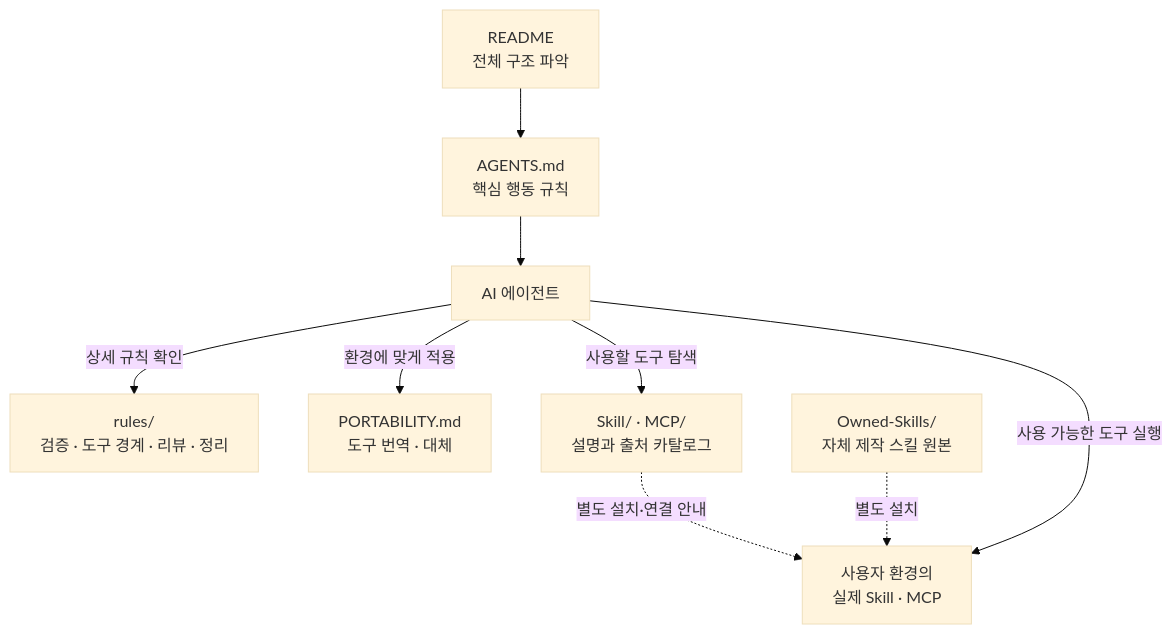
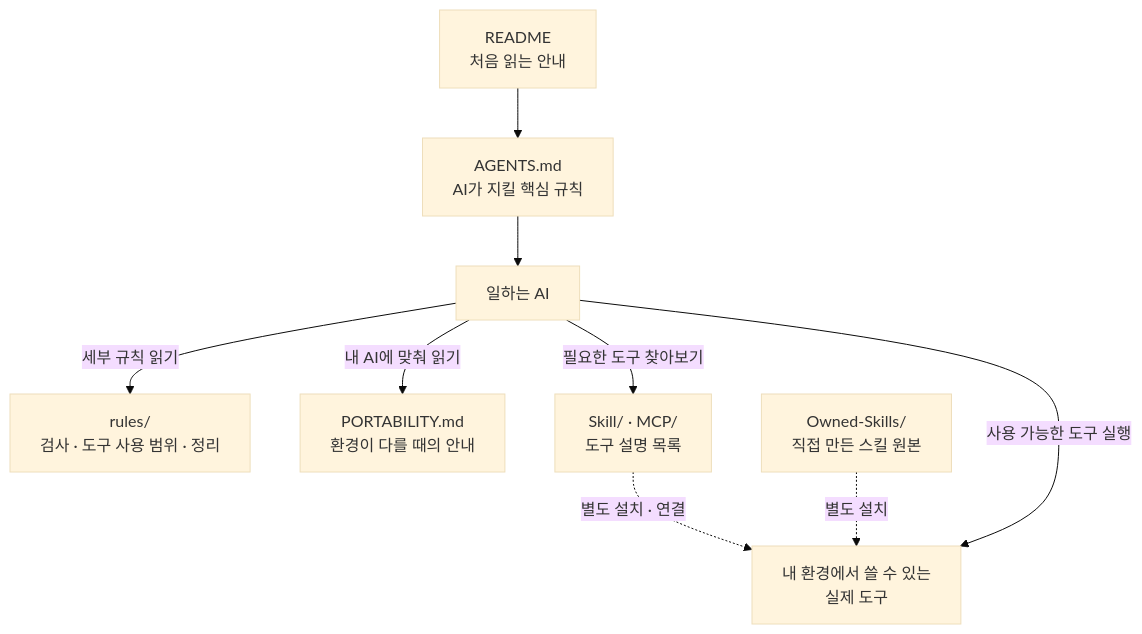
One commit to nowJDev/Agent-Instructions changed the second of 2 diagrams in README.md. Above: the diagram before and after it, drawn with Mermaid (base theme). The commit also changed other lines of this file and 8 other files, not shown here.

````diff
--- a/README.md
+++ b/README.md
@@ -55,13 +102,13 @@
 ```mermaid
 flowchart TD
-    accTitle: Agent-Instructions 구성 관계
-    accDescr: README에서 핵심 행동 규칙을 읽고, 에이전트가 상세 규칙과 이식 안내 및 도구 카탈로그를 참조한다. 실제 도구는 별도로 설치하거나 연결한다.
-    R["README<br/>전체 구조 파악"] --> A["AGENTS.md<br/>핵심 행동 규칙"]
-    A --> E["AI 에이전트"]
-    E -->|상세 규칙 확인| Q["rules/<br/>검증 · 도구 경계 · 리뷰 · 정리"]
-    E -->|환경에 맞게 적용| P["PORTABILITY.md<br/>도구 번역 · 대체"]
-    E -->|사용할 도구 탐색| C["Skill/ · MCP/<br/>설명과 출처 카탈로그"]
-    C -.->|별도 설치·연결 안내| T["사용자 환경의<br/>실제 Skill · MCP"]
-    O["Owned-Skills/<br/>자체 제작 스킬 원본"] -.->|별도 설치| T
+    accTitle: 안내서 파일과 실제 도구의 관계
+    accDescr: README는 시작 안내, AGENTS.md는 핵심 규칙이다. AI는 필요에 따라 상세 규칙, 다른 AI 환경 안내, 도구 설명 목록을 읽는다. 실제 도구와 자체 제작 스킬은 별도 요청으로 설치하거나 연결해야 한다.
+    R["README<br/>처음 읽는 안내"] --> A["AGENTS.md<br/>AI가 지킬 핵심 규칙"]
+    A --> E["일하는 AI"]
+    E -->|세부 규칙 읽기| Q["rules/<br/>검사 · 도구 사용 범위 · 정리"]
+    E -->|내 AI에 맞춰 읽기| P["PORTABILITY.md<br/>환경이 다를 때의 안내"]
+    E -->|필요한 도구 찾아보기| C["Skill/ · MCP/<br/>도구 설명 목록"]
+    C -.->|별도 설치 · 연결| T["내 환경에서 쓸 수 있는<br/>실제 도구"]
+    O["Owned-Skills/<br/>직접 만든 스킬 원본"] -.->|별도 설치| T
     E -->|사용 가능한 도구 실행| T
 ```
````
